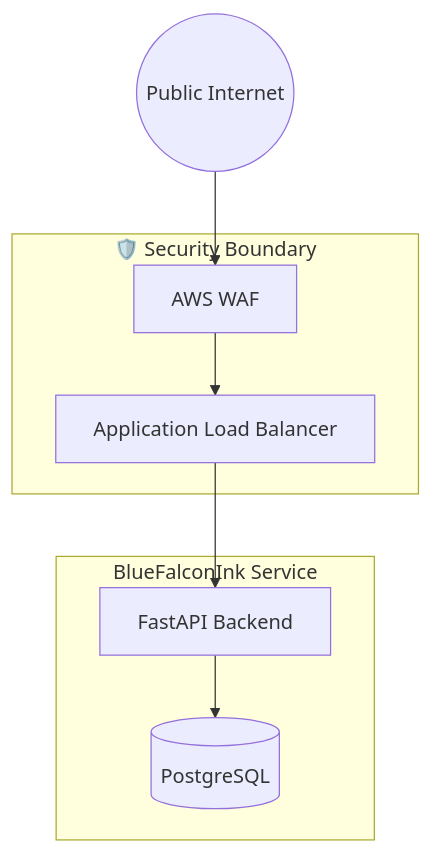
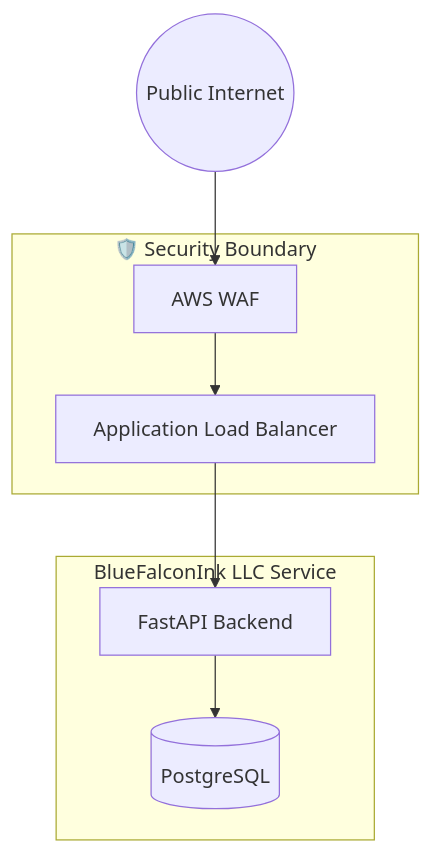
The diagram in REMEDIATION_PROMPT.md (koreric75/ArchitectAIPro_GHActions), drawn with Mermaid before and after one commit. The commit also changed other lines of this file and 21 other files, not shown here.

First line of the commit message:
chore: update all branding to BlueFalconInk LLC

````diff
--- a/REMEDIATION_PROMPT.md
+++ b/REMEDIATION_PROMPT.md
@@ -50,20 +50,20 @@
 ```mermaid
 %% Remediated by Architect AI Pro Foreman
-%% BlueFalconInk Architecture Standard v1.0
+%% BlueFalconInk LLC Architecture Standard v1.0
 
 graph TB
     subgraph Security["🛡️ Security Boundary"]
         WAF[AWS WAF]
         ALB[Application Load Balancer]
     end
 
-    subgraph Application["BlueFalconInk Service"]
+    subgraph Application["BlueFalconInk LLC Service"]
         API[FastAPI Backend]
         DB[(PostgreSQL)]
     end
 
     Internet((Public Internet)) --> WAF
     WAF --> ALB
     ALB --> API
     API --> DB
 ```
````
